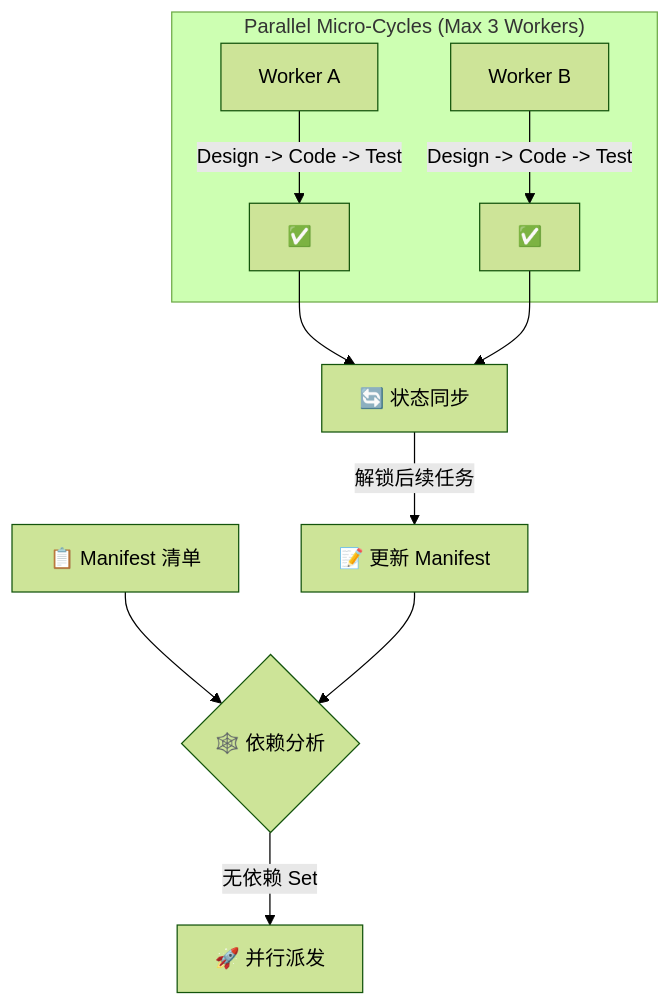
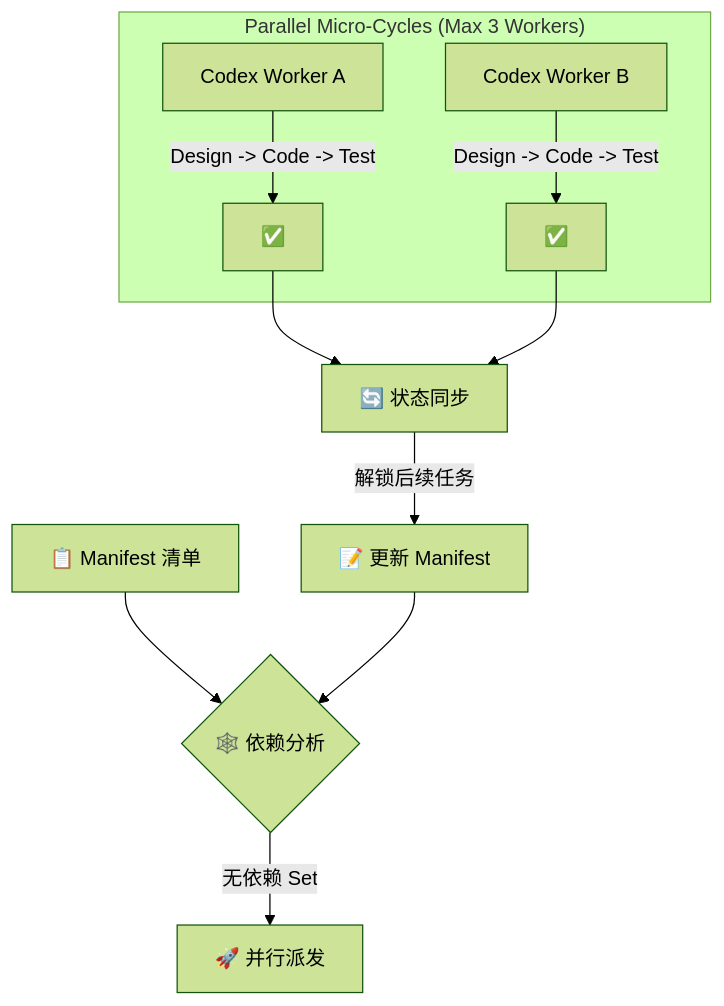
One commit to flockmaster/AgentOS changed the diagram in README.md. Above: the diagram before and after it, drawn with Mermaid (forest theme). The commit also changed other lines of this file and 7 other files, not shown here.

Commit message:
release(v4.7): update documentation and setup for new architecture

````diff
--- a/README.md
+++ b/README.md
@@ -188,14 +183,14 @@
 ```mermaid
 graph TD
     Manifest[📋 Manifest 清单] --> DAG{🕸️ 依赖分析}
     DAG --> |"无依赖 Set"| Batch[🚀 并行派发]
     
     subgraph "Parallel Micro-Cycles (Max 3 Workers)"
-        W1[Worker A] --> |Design -> Code -> Test| Check1[✅]
-        W2[Worker B] --> |Design -> Code -> Test| Check2[✅]
+        W1[Codex Worker A] --> |Design -> Code -> Test| Check1[✅]
+        W2[Codex Worker B] --> |Design -> Code -> Test| Check2[✅]
     end
     
     Check1 & Check2 --> Sync[🔄 状态同步]
     Sync --> |"解锁后续任务"| Update[📝 更新 Manifest]
     Update --> DAG
 ```
````
